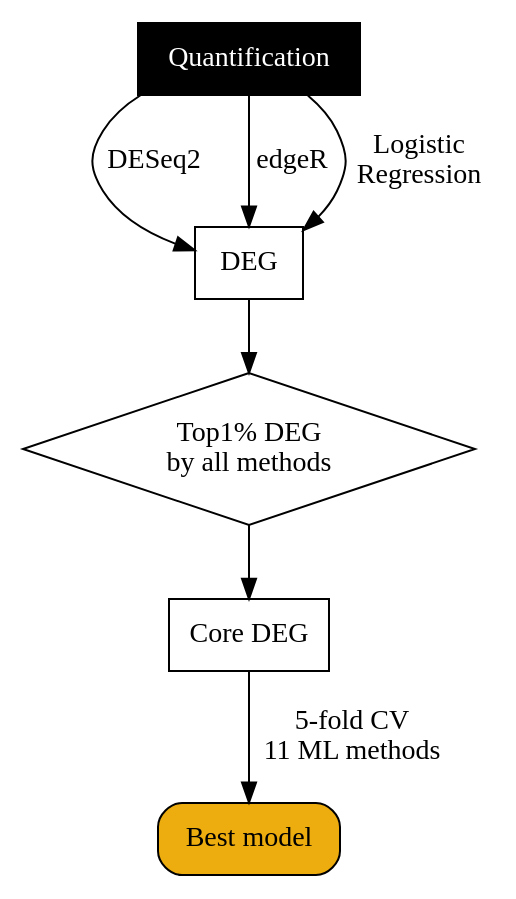
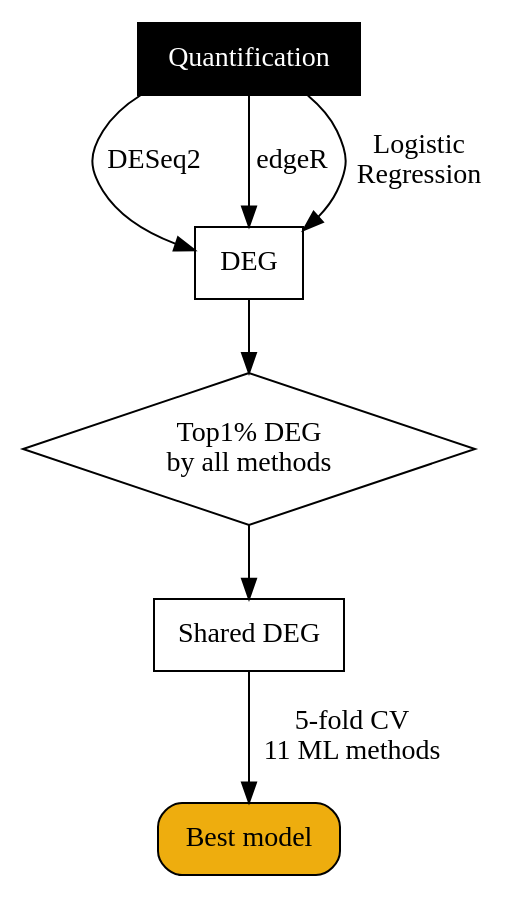
One commit to ObsGynaeCam/cell-free-rna-2024 changed the diagram in static/dot/cfRNA_quant_workflow2.discovery.gv. Above: the diagram before and after it, drawn with Graphviz. The commit also changed 38 other files, not shown here.

```diff
--- a/static/dot/cfRNA_quant_workflow2.discovery.gv
+++ b/static/dot/cfRNA_quant_workflow2.discovery.gv
@@ -1,48 +1,48 @@
 digraph G {
   /*rankdir=LR; */
   node [fontname = "Handlee", color=black, fontcolor=black];
   edge [fontname = "Handlee", color=black, fontcolor=black];
 
   quant_pops [
     label = "Quantification";
     shape = rect;
     style = filled;
     fontcolor = white;
   ];
 
   deg_pops [
     label = "DEG";
     shape = rect;
   ];
 
   core_deg[
-    label = "Core DEG";
+    label = "Shared DEG";
     shape = rect;
   ];
 
   best_model [
     label = "Best model";
     style = "rounded,filled";
     fillcolor = "darkgoldenrod2"
     shape = rect;
     color = black;
   ];
 
   check_top1[
     label = "Top1% DEG\nby all methods";
     shape = diamond;
   ];
 
   quant_pops-> deg_pops[label="DESeq2"];
   quant_pops-> deg_pops[label="edgeR"];
   quant_pops-> deg_pops[label="Logistic\nRegression"];
 
   deg_pops-> check_top1;
   check_top1-> core_deg;
   core_deg-> best_model [label="5-fold CV\n11 ML methods"];
 
 /*
   {rank=same; check_top1  core_deg} 
   {rank=same; best_model deg_pops} 
 */
 }
```
